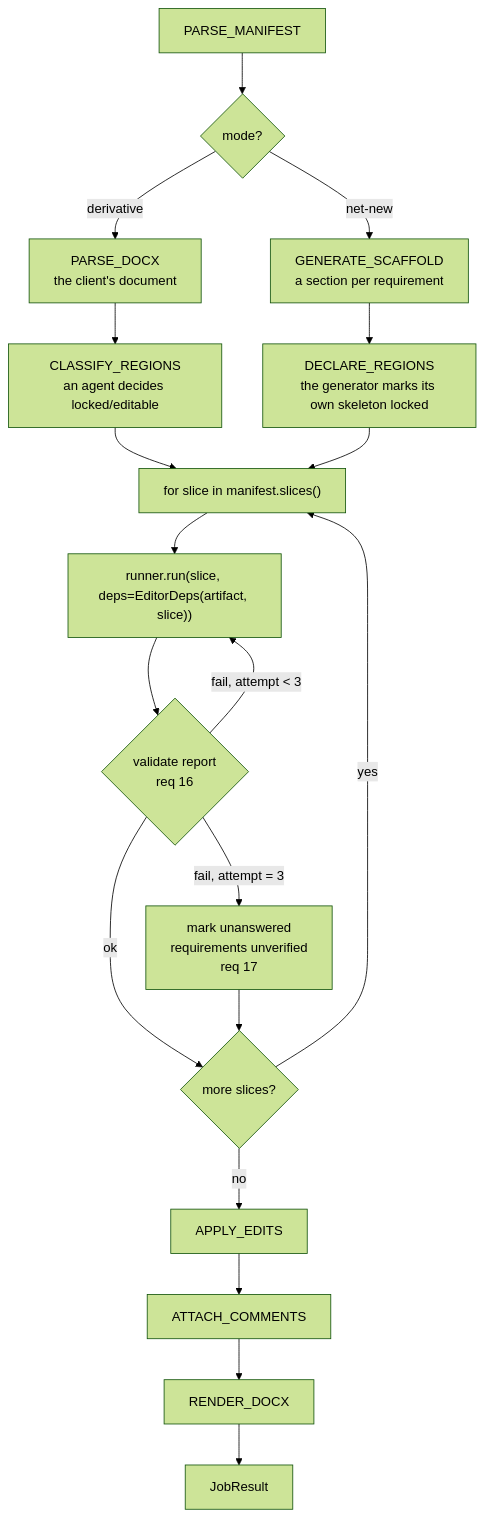
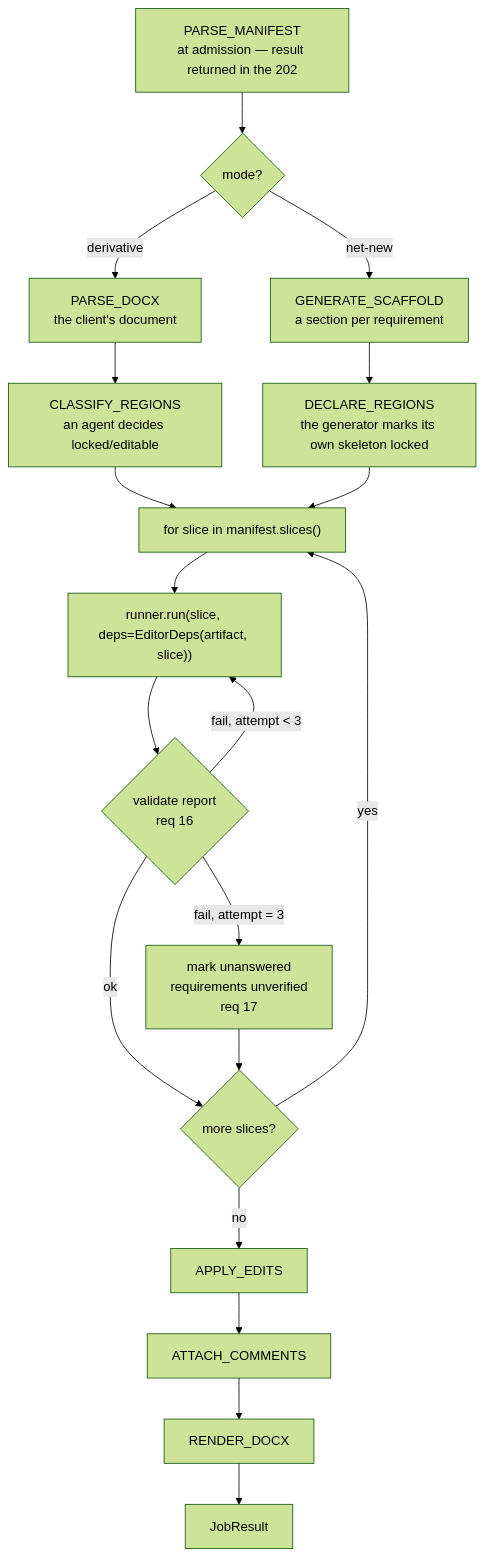
One commit to jjfrackowiak/multimodal-form-filling changed the second of 2 diagrams in docs/app-implementation-plan.md. Above: the diagram before and after it, drawn with Mermaid (forest theme). The commit also changed other lines of this file and 1 other file, not shown here.

First line of the commit message:
docs: add delivery leg and manifest parsing to the plan

````diff
--- a/docs/app-implementation-plan.md
+++ b/docs/app-implementation-plan.md
@@ -44,19 +109,19 @@
 ```mermaid
 flowchart TD
-    A["PARSE_MANIFEST"] --> M{"mode?"}
+    A["PARSE_MANIFEST<br/>at admission — result returned in the 202"] --> M{"mode?"}
     M -->|derivative| P["PARSE_DOCX<br/>the client's document"]
     M -->|net-new| G["GENERATE_SCAFFOLD<br/>a section per requirement"]
     P --> C["CLASSIFY_REGIONS<br/>an agent decides locked/editable"]
     G --> D["DECLARE_REGIONS<br/>the generator marks its own skeleton locked"]
     C --> S["for slice in manifest.slices()"]
     D --> S
     S --> R["runner.run(slice, deps=EditorDeps(artifact, slice))"]
     R --> V{"validate report<br/>req 16"}
     V -->|"fail, attempt &lt; 3"| R
     V -->|"fail, attempt = 3"| U["mark unanswered<br/>requirements unverified<br/>req 17"]
     V -->|ok| N{"more slices?"}
     U --> N
     N -->|yes| S
     N -->|no| E1["APPLY_EDITS"]
     E1 --> E2["ATTACH_COMMENTS"] --> E3["RENDER_DOCX"] --> E4["JobResult"]
 ```
````
